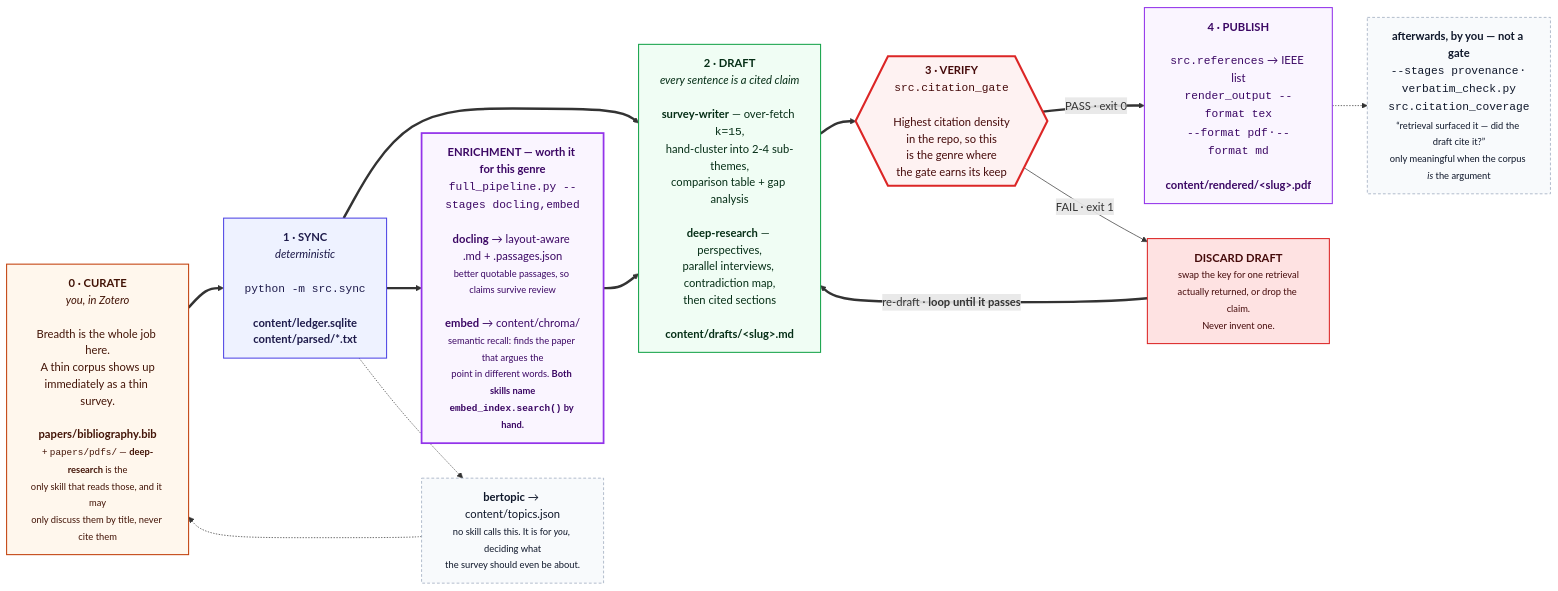
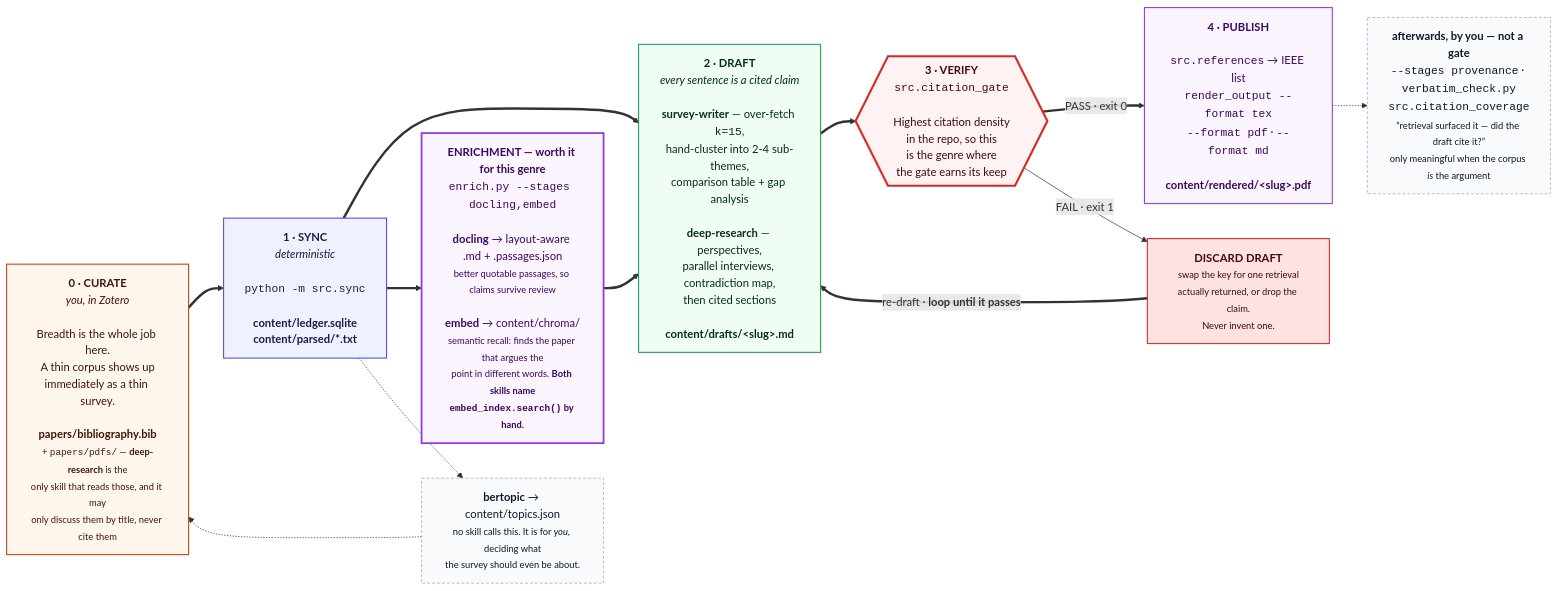
Before and after one commit to prasadtalasila/automated-research: the seventh of 11 diagrams in docs/DIAGRAMS.md, drawn with Mermaid. The commit also changed other lines of this file and 72 other files, not shown here.

````diff
--- a/docs/DIAGRAMS.md
+++ b/docs/DIAGRAMS.md
@@ -627,47 +627,47 @@
 ```mermaid
 flowchart LR
 
   P0["<b>0 · CURATE</b><br/><i>you, in Zotero</i><br/><br/>Breadth is the whole job here.<br/>A thin corpus shows up<br/>immediately as a thin survey.<br/><br/><b>papers/bibliography.bib</b><br/><small>+ <code>papers/pdfs/</code> — <b>deep-research</b> is the<br/>only skill that reads those, and it may<br/>only discuss them by title, never cite them</small>"]
 
   P1["<b>1 · SYNC</b><br/><i>deterministic</i><br/><br/><code>python -m src.sync</code><br/><br/><b>content/ledger.sqlite</b><br/><b>content/parsed/*.txt</b>"]
 
-  HEAVY["<b>ENRICHMENT — worth it for this genre</b><br/><code>full_pipeline.py --stages docling,embed</code><br/><br/><b>docling</b> → layout-aware .md + .passages.json<br/><small>better quotable passages, so claims survive review</small><br/><br/><b>embed</b> → content/chroma/<br/><small>semantic recall: finds the paper that argues the<br/>point in different words. <b>Both skills name<br/><code>embed_index.search()</code> by hand.</b></small>"]
+  HEAVY["<b>ENRICHMENT — worth it for this genre</b><br/><code>enrich.py --stages docling,embed</code><br/><br/><b>docling</b> → layout-aware .md + .passages.json<br/><small>better quotable passages, so claims survive review</small><br/><br/><b>embed</b> → content/chroma/<br/><small>semantic recall: finds the paper that argues the<br/>point in different words. <b>Both skills name<br/><code>embed_index.search()</code> by hand.</b></small>"]
 
   P2["<b>2 · DRAFT</b><br/><i>every sentence is a cited claim</i><br/><br/><b>survey-writer</b> — over-fetch <code>k=15</code>,<br/>hand-cluster into 2-4 sub-themes,<br/>comparison table + gap analysis<br/><br/><b>deep-research</b> — perspectives,<br/>parallel interviews, contradiction map,<br/>then cited sections<br/><br/><b>content/drafts/&lt;slug&gt;.md</b>"]
 
   P3{{"<b>3 · VERIFY</b><br/><code>src.citation_gate</code><br/><br/>Highest citation density<br/>in the repo, so this<br/>is the genre where<br/>the gate earns its keep"}}
 
   FIX["<b>DISCARD DRAFT</b><br/><small>swap the key for one retrieval<br/>actually returned, or drop the claim.<br/>Never invent one.</small>"]
 
   P4["<b>4 · PUBLISH</b><br/><br/><code>src.references</code> → IEEE list<br/><code>render_output --format tex</code><br/><code>--format pdf</code> · <code>--format md</code><br/><br/><b>content/rendered/&lt;slug&gt;.pdf</b>"]
 
   AID["<b>afterwards, by you — not a gate</b><br/><code>--stages provenance</code> · <code>verbatim_check.py</code><br/><code>src.citation_coverage</code><br/><small>“retrieval surfaced it — did the draft cite it?”<br/>only meaningful when the corpus <i>is</i> the argument</small>"]
 
   BERT["<b>bertopic</b> → content/topics.json<br/><small>no skill calls this. It is for <i>you</i>, deciding what<br/>the survey should even be about.</small>"]
 
   P0 ==> P1 ==> P2 ==> P3
   P1 ==> HEAVY ==> P2
   P3 == "PASS · exit 0" ==> P4
   P3 -- "FAIL · exit 1" --> FIX
   FIX == "re-draft · <b>loop until it passes</b>" ==> P2
   P4 -.-> AID
   P1 -.-> BERT -.-> P0
 
   classDef you fill:#fff7ed,stroke:#c2410c,stroke-width:1.5px,color:#431407
   classDef det fill:#eef2ff,stroke:#4f46e5,stroke-width:1.5px,color:#1e1b4b
   classDef gen fill:#f0fdf4,stroke:#16a34a,stroke-width:1.5px,color:#052e16
   classDef gate fill:#fef2f2,stroke:#dc2626,stroke-width:3px,color:#450a0a
   classDef out fill:#faf5ff,stroke:#9333ea,stroke-width:1.5px,color:#3b0764
   classDef bad fill:#fee2e2,stroke:#dc2626,stroke-width:1.5px,color:#450a0a
   classDef heavy fill:#faf5ff,stroke:#9333ea,stroke-width:2.5px,color:#3b0764
   classDef aid fill:#f8fafc,stroke:#94a3b8,stroke-dasharray:4 3,color:#0f172a
 
   class P0 you
   class P1 det
   class P2 gen
   class P3 gate
   class P4 out
   class FIX bad
   class HEAVY heavy
   class AID,BERT aid
 ```
````
